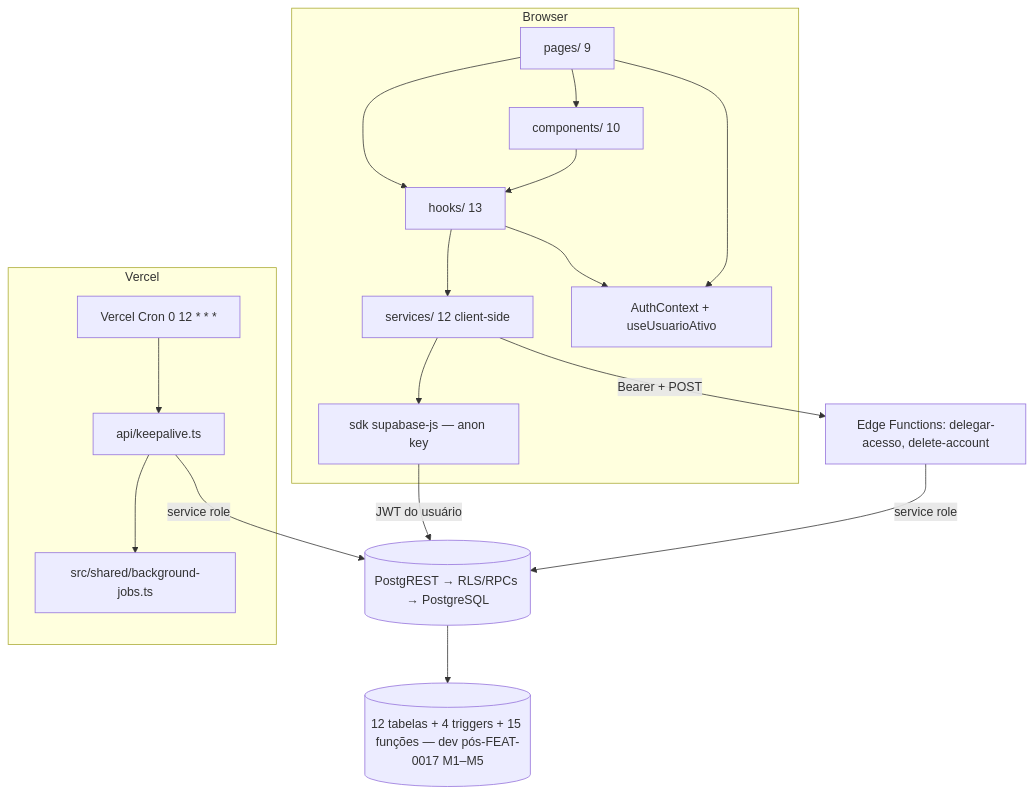
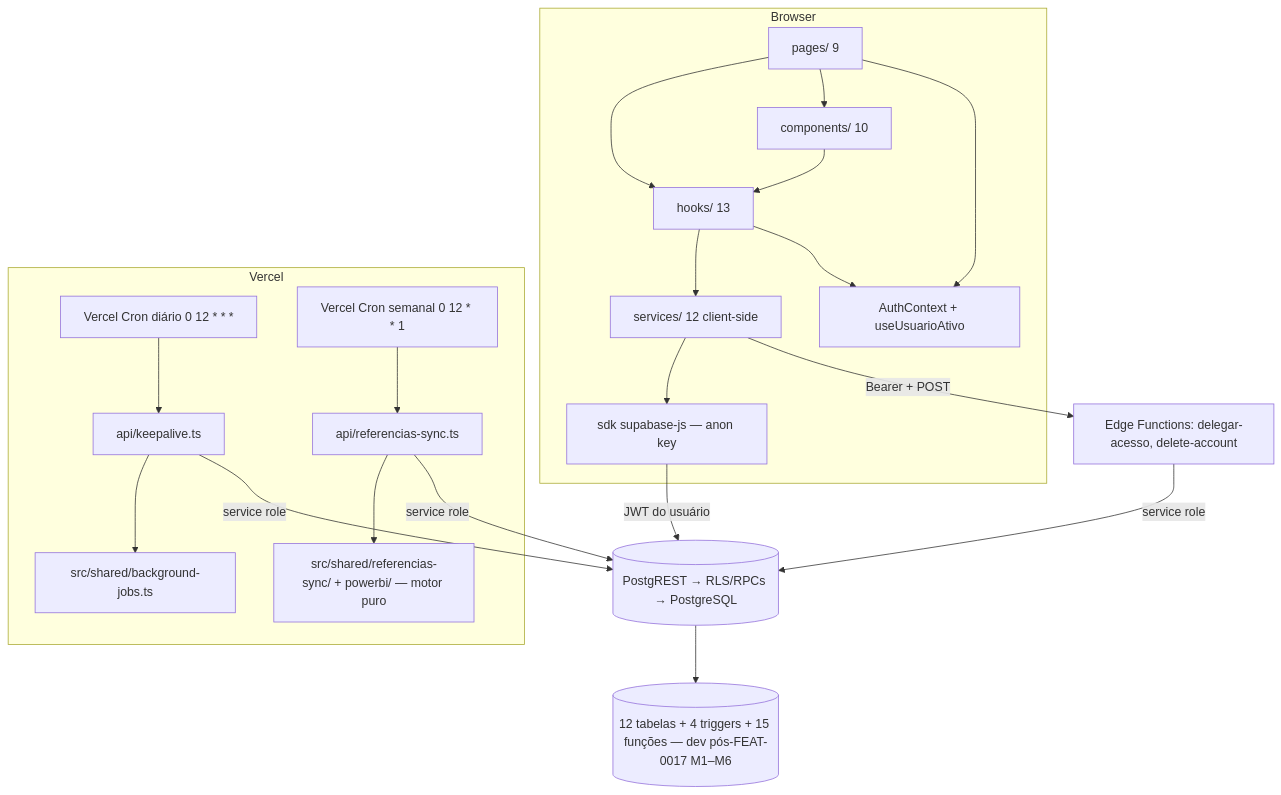
Before and after one commit to lucasmm96/meufenil: the diagram in .ai/specs/current/architecture/overview.md, drawn with Mermaid. The commit also changed other lines of this file and 4 other files, not shown here.

````diff
--- a/.ai/specs/current/architecture/overview.md
+++ b/.ai/specs/current/architecture/overview.md
@@ -13,20 +13,23 @@
 ```mermaid
 flowchart TB
     subgraph Browser
         P[pages/ 9] --> H[hooks/ 13] --> S[services/ 12 client-side]
         P --> C[components/ 10]
         C --> H
         S --> SUP[sdk supabase-js — anon key]
         P --> AU[AuthContext + useUsuarioAtivo]
         H --> AU
     end
     SUP -->|JWT do usuário| PG[(PostgREST → RLS/RPCs → PostgreSQL)]
     S -->|Bearer + POST| ED[Edge Functions: delegar-acesso, delete-account]
     ED -->|service role| PG
     subgraph Vercel
-        CRON[Vercel Cron 0 12 * * *] --> KEEP[api/keepalive.ts]
+        CRON[Vercel Cron diário 0 12 * * *] --> KEEP[api/keepalive.ts]
         KEEP --> BJ[src/shared/background-jobs.ts]
+        CRONW[Vercel Cron semanal 0 12 * * 1] --> SYNC[api/referencias-sync.ts]
+        SYNC --> SR[src/shared/referencias-sync/ + powerbi/ — motor puro]
     end
     KEEP -->|service role| PG
-    PG --> TAB[(12 tabelas + 4 triggers + 15 funções — dev pós-FEAT-0017 M1–M5)]
+    SYNC -->|service role| PG
+    PG --> TAB[(12 tabelas + 4 triggers + 15 funções — dev pós-FEAT-0017 M1–M6)]
 ```
````
